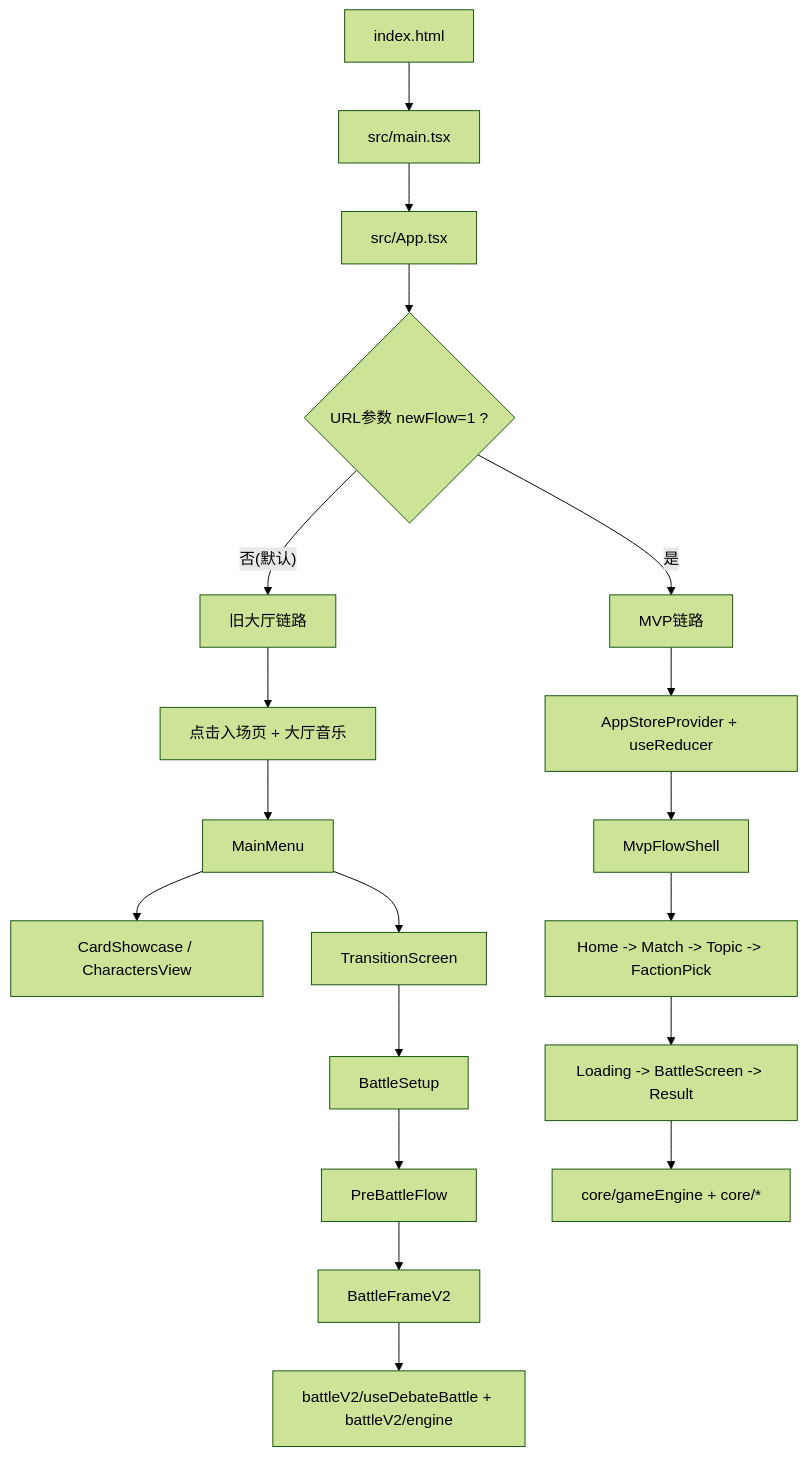
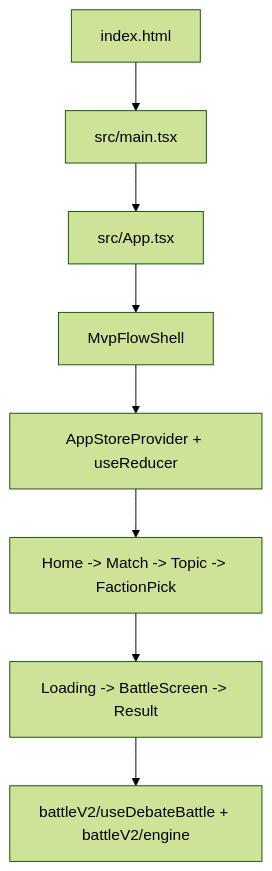
Before and after one commit to jedilpf/jixia: the first of 2 diagrams in docs/dev/dev-guide-project-visualization.md, drawn with Mermaid (forest theme). The commit also changed other lines of this file and 6 other files, not shown here.

````diff
--- a/docs/dev/dev-guide-project-visualization.md
+++ b/docs/dev/dev-guide-project-visualization.md
@@ -15,24 +15,10 @@
 ```mermaid
 flowchart TD
   A[index.html] --> B[src/main.tsx]
   B --> C[src/App.tsx]
-
-  C --> D{URL参数 newFlow=1 ?}
-
-  D -- 否(默认) --> E[旧大厅链路]
-  E --> E1[点击入场页 + 大厅音乐]
-  E1 --> E2[MainMenu]
-  E2 --> E3[CardShowcase / CharactersView]
-  E2 --> E4[TransitionScreen]
-  E4 --> E5[BattleSetup]
-  E5 --> E6[PreBattleFlow]
-  E6 --> E7[BattleFrameV2]
-  E7 --> E8[battleV2/useDebateBattle + battleV2/engine]
-
-  D -- 是 --> F[MVP链路]
-  F --> F1[AppStoreProvider + useReducer]
-  F1 --> F2[MvpFlowShell]
-  F2 --> F3[Home -> Match -> Topic -> FactionPick]
-  F3 --> F4[Loading -> BattleScreen -> Result]
-  F4 --> F5[core/gameEngine + core/*]
+  C --> D[MvpFlowShell]
+  D --> E[AppStoreProvider + useReducer]
+  E --> F[Home -> Match -> Topic -> FactionPick]
+  F --> G[Loading -> BattleScreen -> Result]
+  G --> H[battleV2/useDebateBattle + battleV2/engine]
 ```
````
